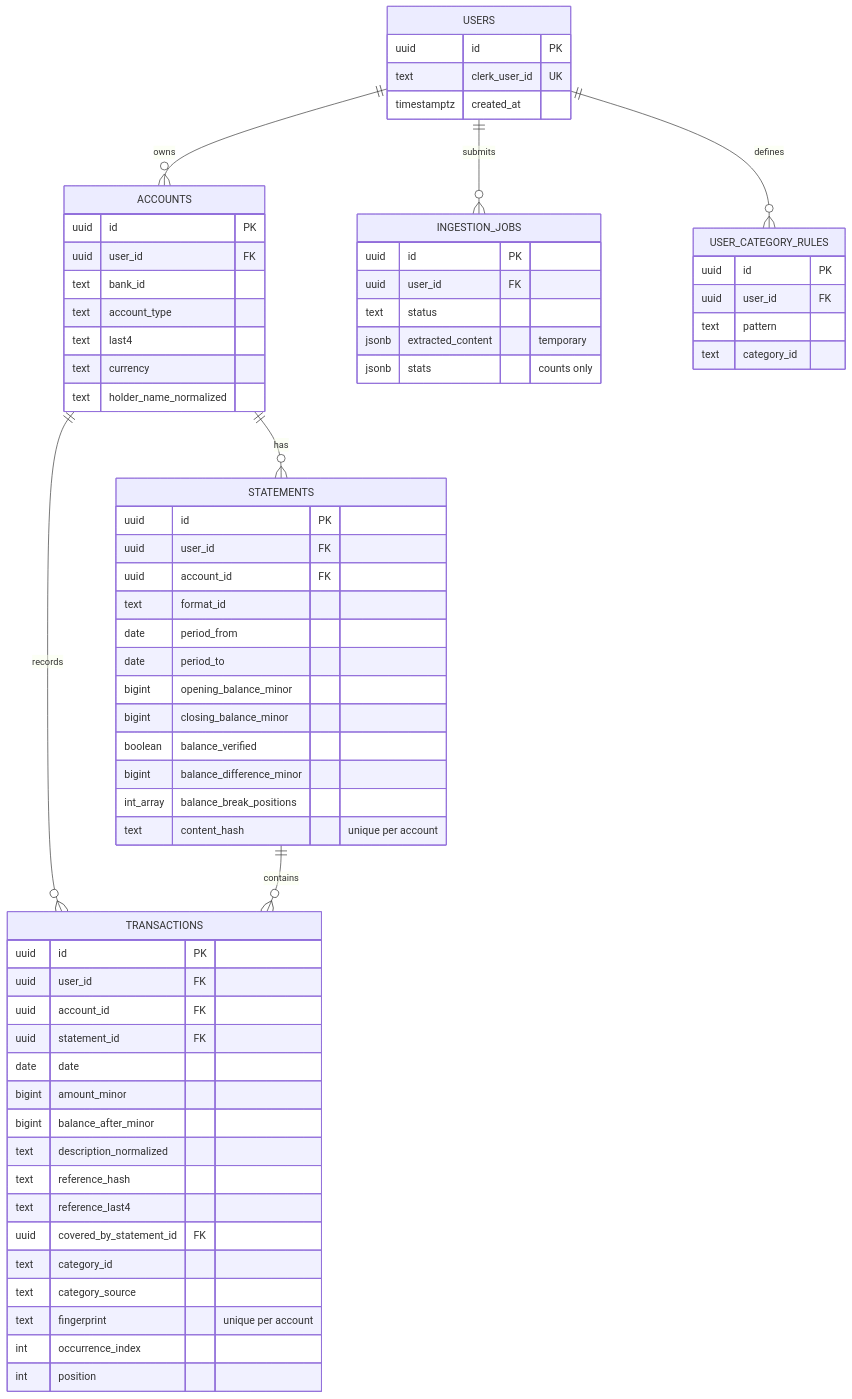
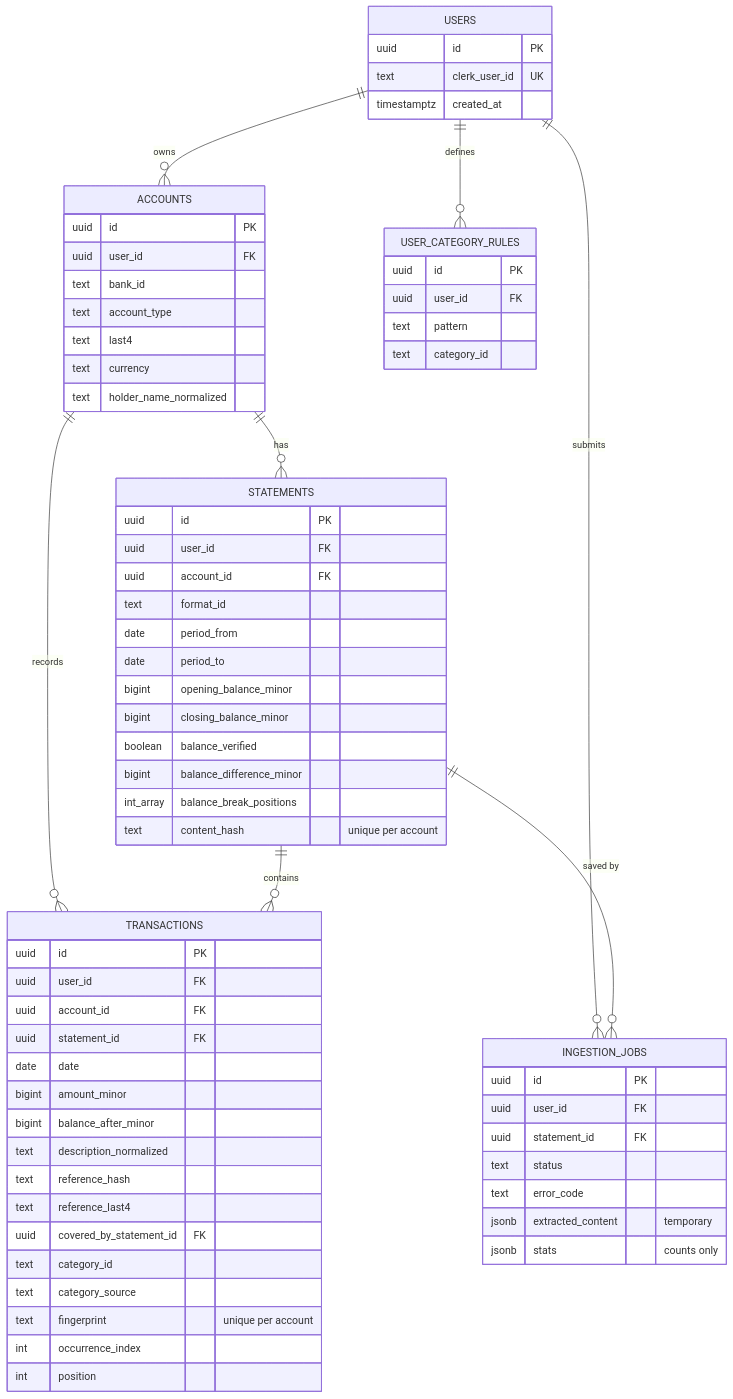
Before and after one commit to ingcarlostello/xtrakto: the third of 7 diagrams in docs/ARCHITECTURE.md, drawn with Mermaid. The commit also changed other lines of this file and 36 other files, not shown here.

Commit message:
feat(web): statement ingestion function

````diff
--- a/docs/ARCHITECTURE.md
+++ b/docs/ARCHITECTURE.md
@@ -162,68 +165,71 @@
 ```mermaid
 erDiagram
     USERS ||--o{ ACCOUNTS : owns
     USERS ||--o{ INGESTION_JOBS : submits
     USERS ||--o{ USER_CATEGORY_RULES : defines
     ACCOUNTS ||--o{ STATEMENTS : has
     ACCOUNTS ||--o{ TRANSACTIONS : records
     STATEMENTS ||--o{ TRANSACTIONS : contains
+    STATEMENTS ||--o{ INGESTION_JOBS : "saved by"
     USERS {
         uuid id PK
         text clerk_user_id UK
         timestamptz created_at
     }
     ACCOUNTS {
         uuid id PK
         uuid user_id FK
         text bank_id
         text account_type
         text last4
         text currency
         text holder_name_normalized
     }
     STATEMENTS {
         uuid id PK
         uuid user_id FK
         uuid account_id FK
         text format_id
         date period_from
         date period_to
         bigint opening_balance_minor
         bigint closing_balance_minor
         boolean balance_verified
         bigint balance_difference_minor
         int_array balance_break_positions
         text content_hash "unique per account"
     }
     TRANSACTIONS {
         uuid id PK
         uuid user_id FK
         uuid account_id FK
         uuid statement_id FK
         date date
         bigint amount_minor
         bigint balance_after_minor
         text description_normalized
         text reference_hash
         text reference_last4
         uuid covered_by_statement_id FK
         text category_id
         text category_source
         text fingerprint "unique per account"
         int occurrence_index
         int position
     }
     INGESTION_JOBS {
         uuid id PK
         uuid user_id FK
+        uuid statement_id FK
         text status
+        text error_code
         jsonb extracted_content "temporary"
         jsonb stats "counts only"
     }
     USER_CATEGORY_RULES {
         uuid id PK
         uuid user_id FK
         text pattern
         text category_id
     }
 ```
````
